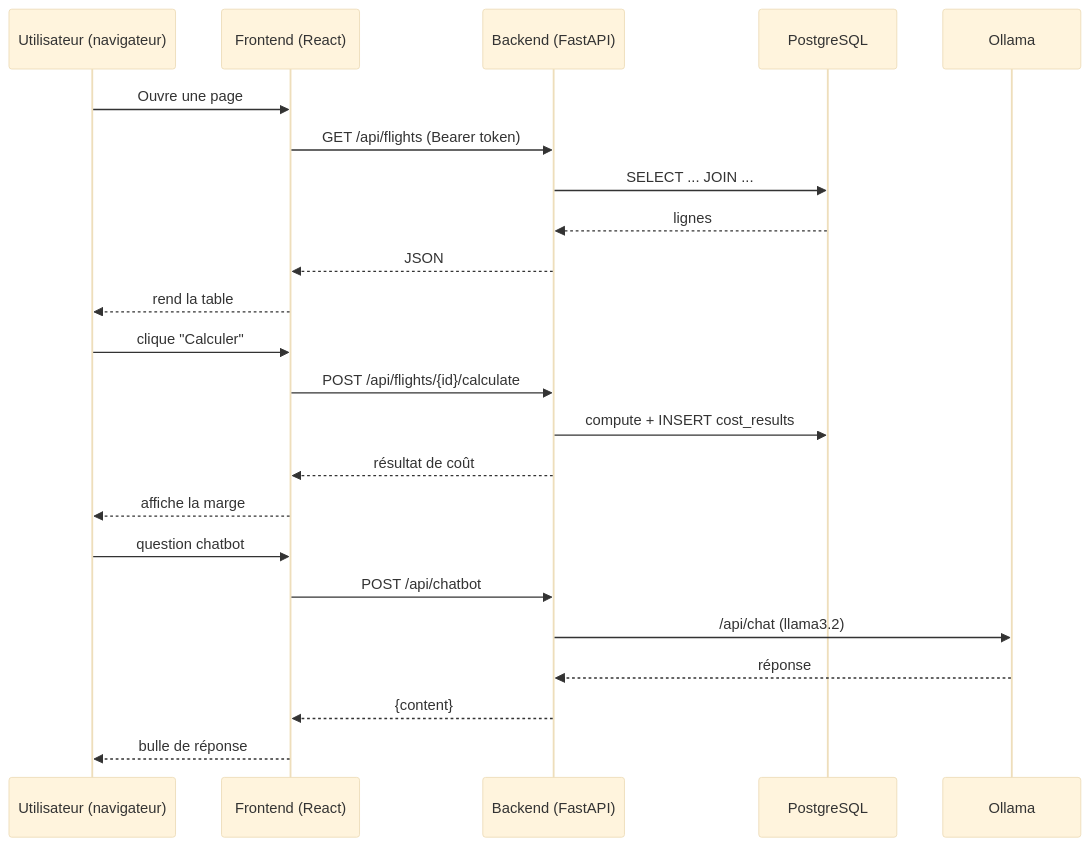
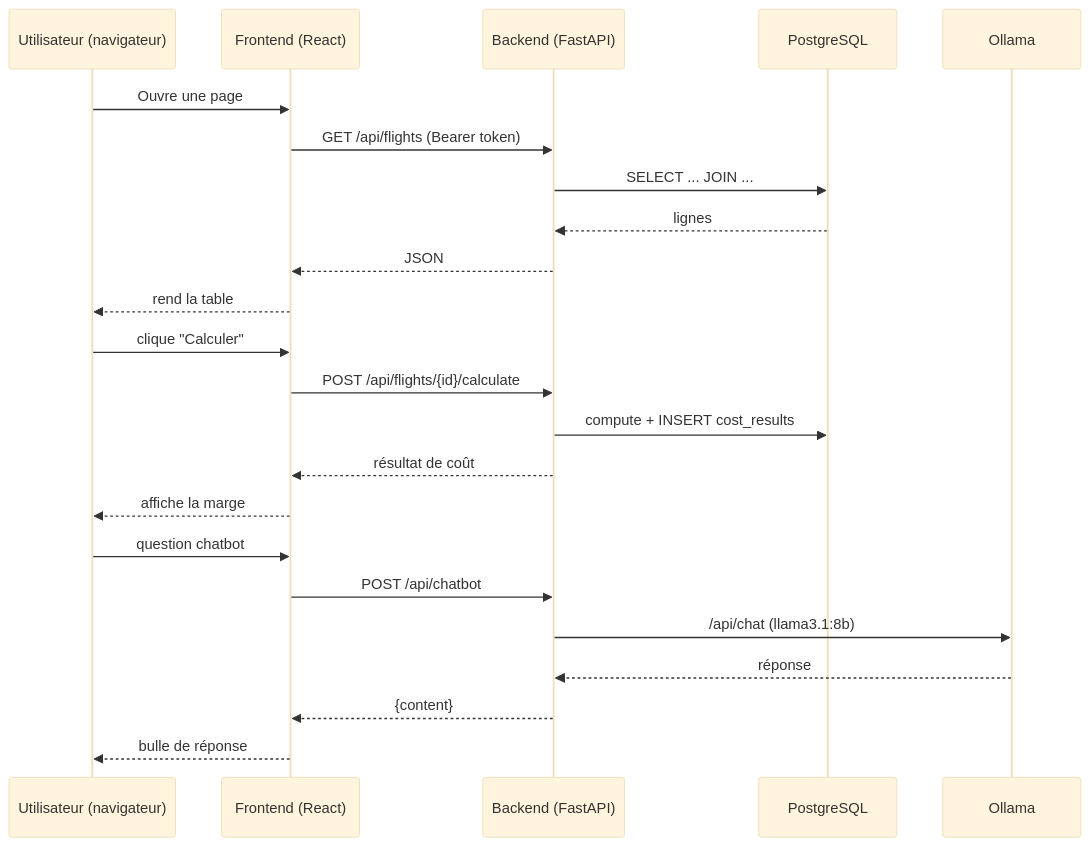
The second of 5 diagrams in docs/demo-guide.md (salahadam036-dot/ram-flight-cost-calculator), drawn with Mermaid (base theme) before and after one commit. The commit also changed other lines of this file and 11 other files, not shown here.

````diff
--- a/docs/demo-guide.md
+++ b/docs/demo-guide.md
@@ -194,26 +194,26 @@
 ```mermaid
 sequenceDiagram
     participant U as Utilisateur (navigateur)
     participant F as Frontend (React)
     participant B as Backend (FastAPI)
     participant D as PostgreSQL
     participant O as Ollama
 
     U->>F: Ouvre une page
     F->>B: GET /api/flights (Bearer token)
     B->>D: SELECT ... JOIN ...
     D-->>B: lignes
     B-->>F: JSON
     F-->>U: rend la table
     U->>F: clique "Calculer"
     F->>B: POST /api/flights/{id}/calculate
     B->>D: compute + INSERT cost_results
     B-->>F: résultat de coût
     F-->>U: affiche la marge
     U->>F: question chatbot
     F->>B: POST /api/chatbot
-    B->>O: /api/chat (llama3.2)
+    B->>O: /api/chat (llama3.1:8b)
     O-->>B: réponse
     B-->>F: {content}
     F-->>U: bulle de réponse
 ```
````
